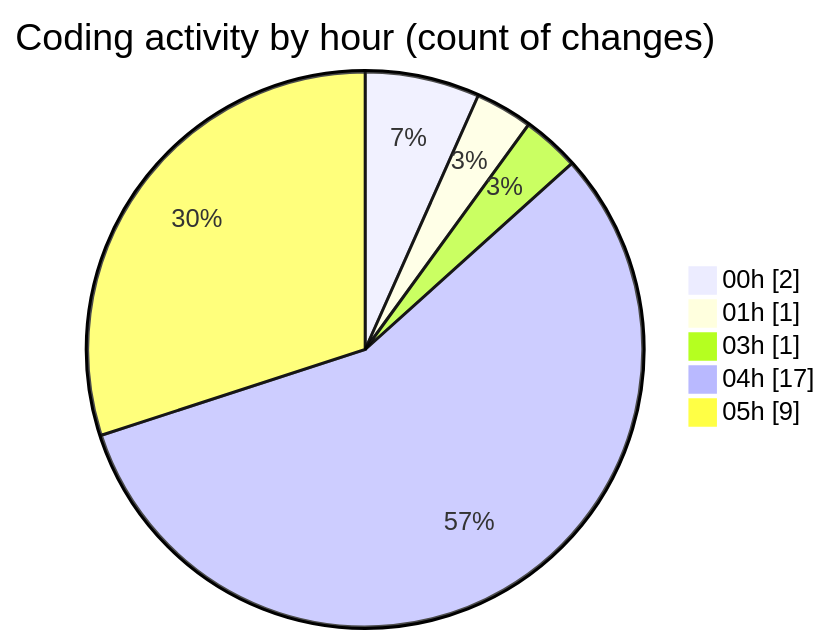
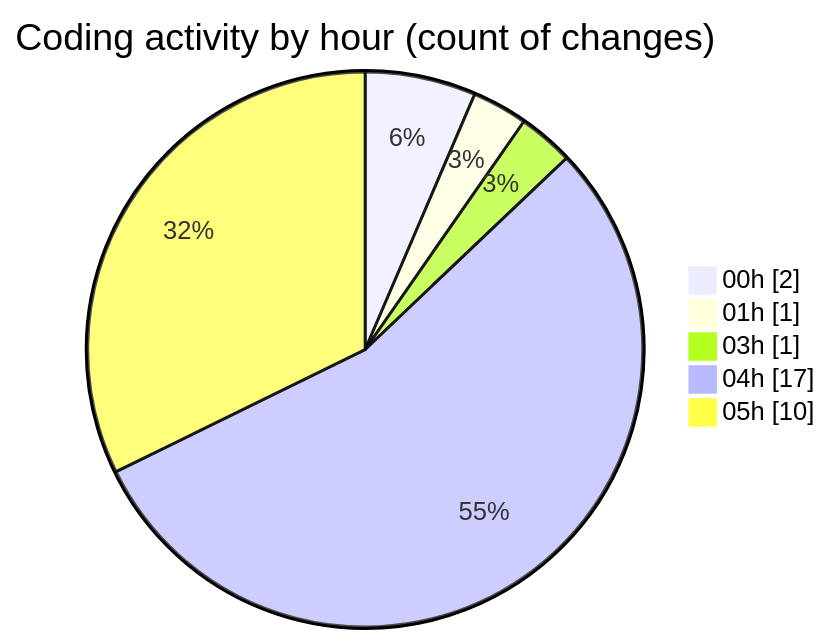
The second of 2 diagrams in 2025-11-14/eventscop-api-guide__workspace_/README.md (julien-gomy/code-tracking), drawn with Mermaid before and after one commit. The commit also changed other lines of this file and 1 other file, not shown here.

````diff
--- a/2025-11-14/eventscop-api-guide__workspace_/README.md
+++ b/2025-11-14/eventscop-api-guide__workspace_/README.md
@@ -36,9 +37,9 @@
 ```mermaid
 pie showData
 title Coding activity by hour (count of changes)
 "00h" : 2
 "01h" : 1
 "03h" : 1
 "04h" : 17
-"05h" : 9
+"05h" : 10
 ```
````
